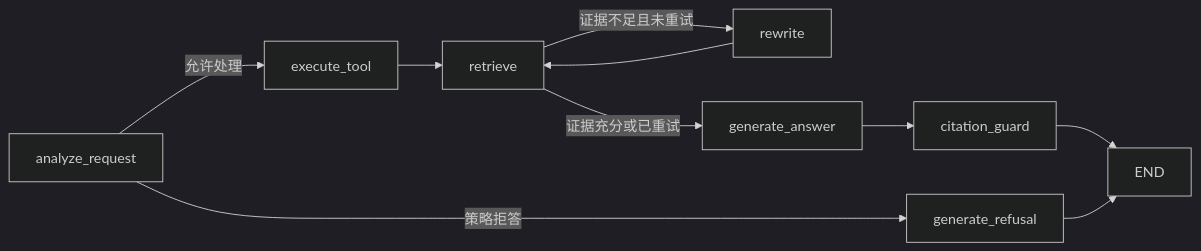
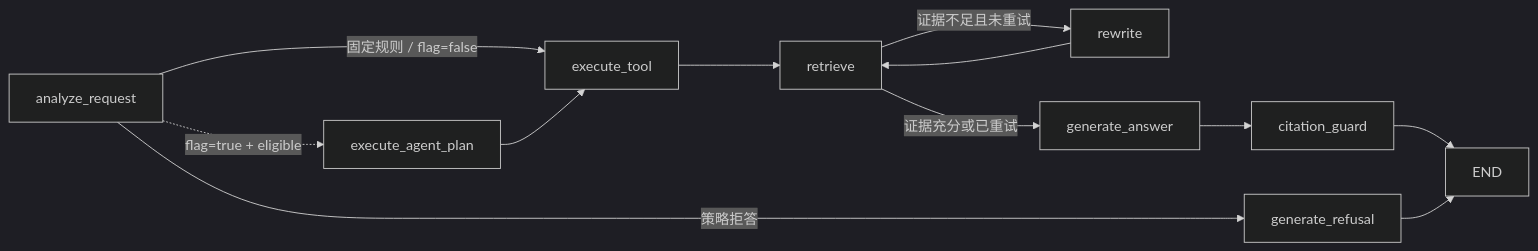
One commit to lesereinRU1/autoops-rag changed the diagram in docs/agent-workflow.md. Above: the diagram before and after it, drawn with Mermaid (dark theme). The commit also changed other lines of this file and 27 other files, not shown here.

````diff
--- a/docs/agent-workflow.md
+++ b/docs/agent-workflow.md
@@ -14,12 +14,14 @@
 ```mermaid
 flowchart LR
     A[analyze_request] -->|策略拒答| X[generate_refusal]
-    A -->|允许处理| T[execute_tool]
+    A -->|固定规则 / flag=false| T[execute_tool]
+    A -.->|flag=true + eligible| P[execute_agent_plan]
+    P --> T
     T --> R[retrieve]
     R -->|证据不足且未重试| Q[rewrite]
     Q --> R
     R -->|证据充分或已重试| G[generate_answer]
     G --> C[citation_guard]
     C --> E[END]
     X --> E
 ```
````
